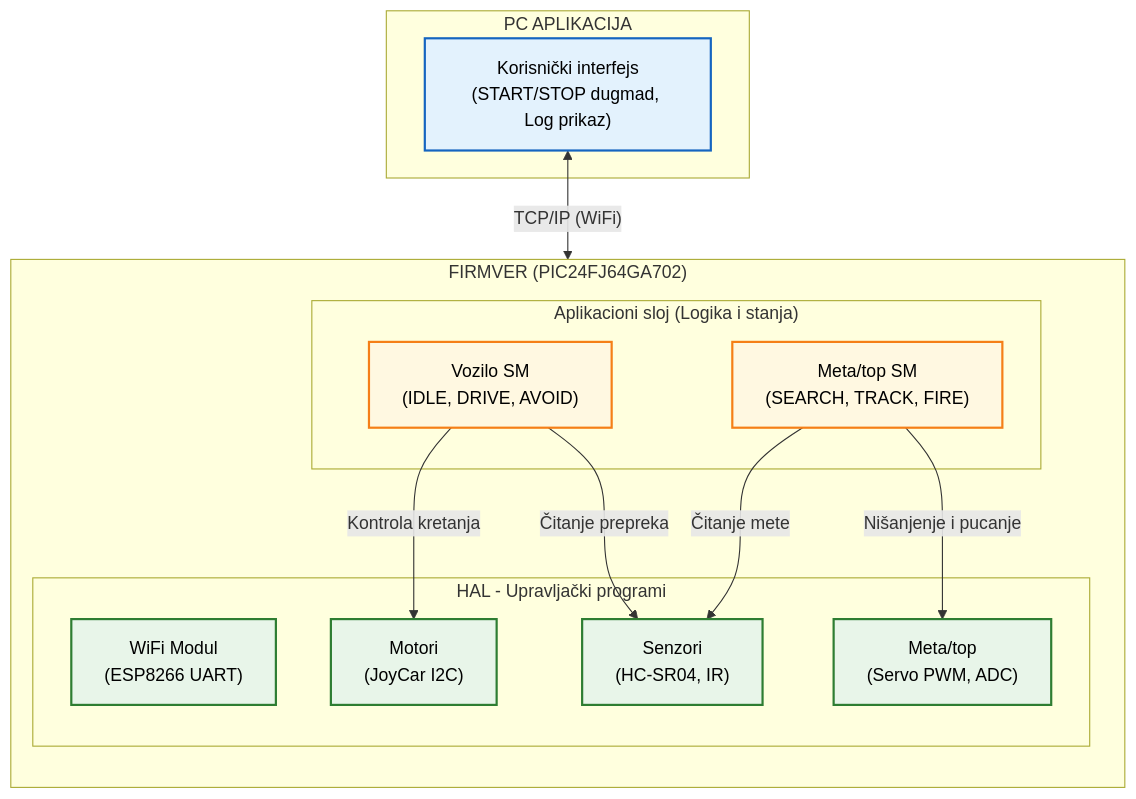
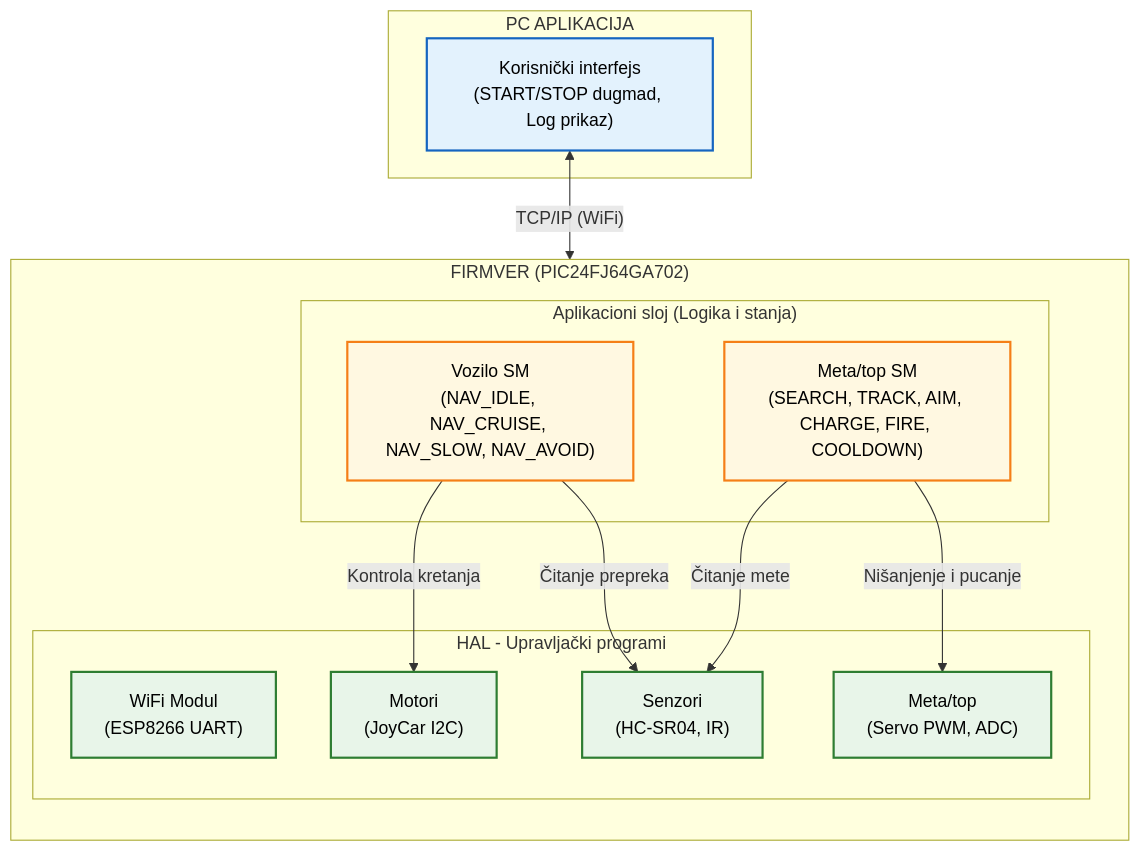
One commit to lukavidic/Vihor changed the diagram in docs/architecture/software.md. Above: the diagram before and after it, drawn with Mermaid. The commit also changed other lines of this file, not shown here.

````diff
--- a/docs/architecture/software.md
+++ b/docs/architecture/software.md
@@ -29,40 +29,40 @@
 ```mermaid
 flowchart TD
     classDef layerApp fill:#e3f2fd,stroke:#1565c0,stroke-width:2px,color:#000
     classDef layerLogic fill:#fff8e1,stroke:#f57f17,stroke-width:2px,color:#000
     classDef layerHAL fill:#e8f5e9,stroke:#2e7d32,stroke-width:2px,color:#000
     
     subgraph PC["PC APLIKACIJA"]
         UI["Korisnički interfejs<br/>(START/STOP dugmad, Log prikaz)"]
     end
 
     subgraph FW["FIRMVER (PIC24FJ64GA702)"]
         direction TB
         
         subgraph LOGIKA["Aplikacioni sloj (Logika i stanja)"]
-            SM_VEH["Vozilo SM<br/>(IDLE, DRIVE, AVOID)"]
-            SM_TUR["Meta/top SM<br/>(SEARCH, TRACK, FIRE)"]
+            SM_VEH["Vozilo SM<br/>(NAV_IDLE, NAV_CRUISE, NAV_SLOW, NAV_AVOID)"]
+            SM_TUR["Meta/top SM<br/>(SEARCH, TRACK, AIM, CHARGE, FIRE, COOLDOWN)"]
         end
         
         subgraph HAL["HAL - Upravljački programi"]
             DRV_WIFI["WiFi Modul<br/>(ESP8266 UART)"]
             DRV_SENS["Senzori<br/>(HC-SR04, IR)"]
             DRV_MOT["Motori<br/>(JoyCar I2C)"]
             DRV_TUR["Meta/top<br/>(Servo PWM, ADC)"]
         end
     end
 
     %% Veze između slojeva
     UI <-->|"TCP/IP (WiFi)"| DRV_WIFI
     
     SM_VEH -->|"Kontrola kretanja"| DRV_MOT
     SM_VEH -->|"Čitanje prepreka"| DRV_SENS
     
     SM_TUR -->|"Nišanjenje i pucanje"| DRV_TUR
     SM_TUR -->|"Čitanje mete"| DRV_SENS
 
     %% Primjena stilova (boja)
     class UI layerApp;
     class SM_VEH,SM_TUR layerLogic;
     class DRV_WIFI,DRV_SENS,DRV_MOT,DRV_TUR layerHAL;
 ```
````
